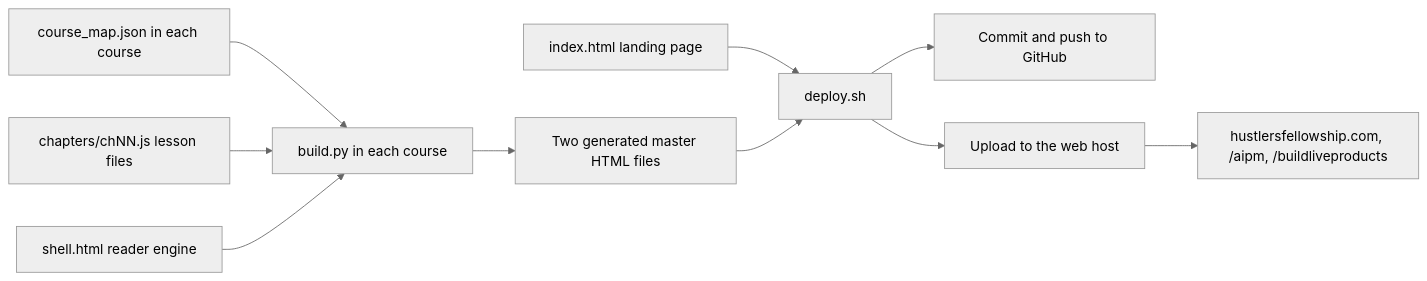
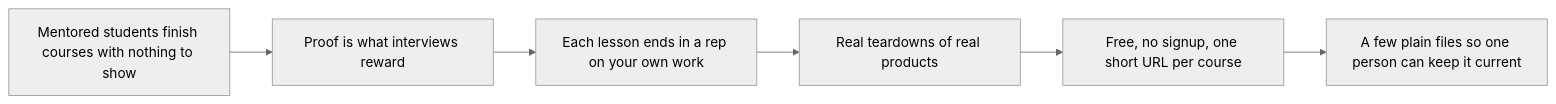
Before and after one commit to therohitji/thehustlersfellowship: the first of 2 diagrams in README.md, drawn with Mermaid (neutral theme). The commit also changed other lines of this file, not shown here.

Commit message:
Rewrite README for readers: the problem, the decisions, what was built

````diff
--- a/README.md
+++ b/README.md
@@ -45,12 +14,8 @@
 ```mermaid
 flowchart LR
-  A["course_map.json in each course"] --> D["build.py in each course"]
-  B["chapters/chNN.js lesson files"] --> D
-  C["shell.html reader engine"] --> D
-  D --> E["Two generated master HTML files"]
-  F["index.html landing page"] --> G["deploy.sh"]
-  E --> G
-  G --> H["Commit and push to GitHub"]
-  G --> I["Upload to the web host"]
-  I --> J["hustlersfellowship.com, /aipm, /buildliveproducts"]
+  A["Mentored students finish courses with nothing to show"] --> B["Proof is what interviews reward"]
+  B --> C["Each lesson ends in a rep on your own work"]
+  C --> D["Real teardowns of real products"]
+  D --> E["Free, no signup, one short URL per course"]
+  E --> F["A few plain files so one person can keep it current"]
 ```
````
